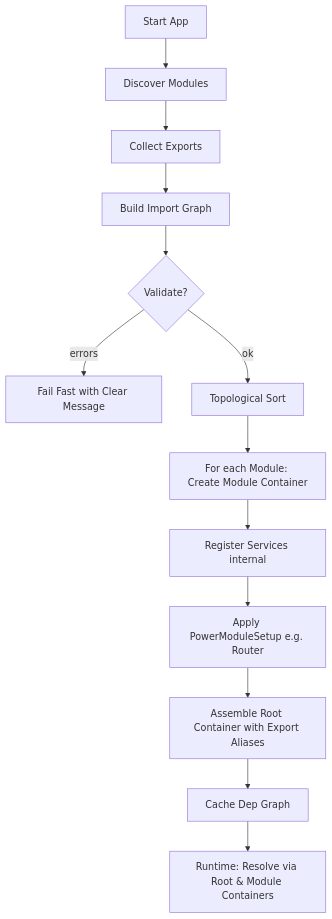
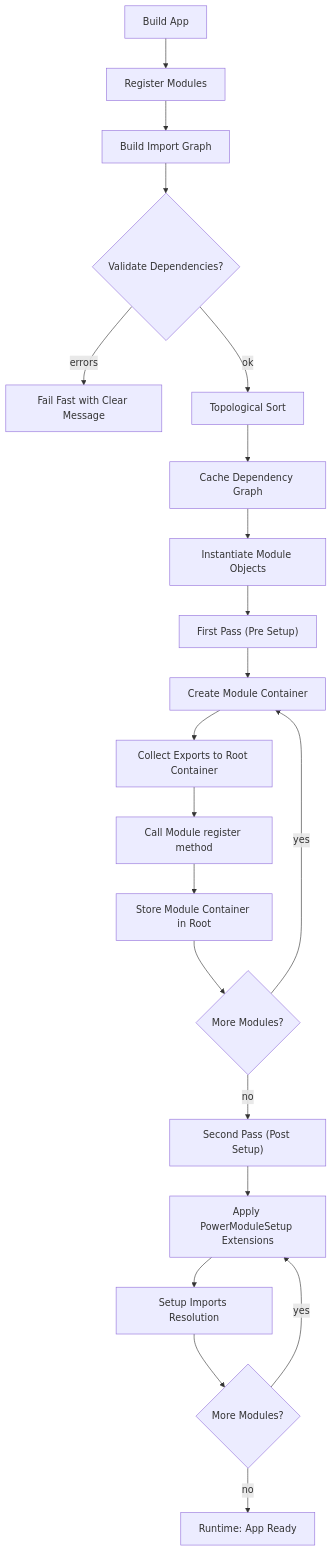
Before and after one commit to power-modules/framework: the diagram in docs/lifecycle.md, drawn with Mermaid. The commit also changed other lines of this file and 1 other file, not shown here.

Commit message:
docs(lifecycle): update lifecycle documentation for clarity and detail; enhance Mermaid diagram

````diff
--- a/docs/lifecycle.md
+++ b/docs/lifecycle.md
@@ -30,15 +30,23 @@
 ```mermaid
 flowchart TB
-    A[Start App] --> B[Discover Modules]
-    B --> C[Collect Exports]
-    C --> D[Build Import Graph]
-    D --> E{Validate?}
-    E -->|errors| E1[Fail Fast with Clear Message]
-    E -->|ok| F[Topological Sort]
-    F --> G[For each Module: Create Module Container]
-    G --> H[Register Services internal]
-    H --> I[Apply PowerModuleSetup e.g. Router]
-    I --> J[Assemble Root Container with Export Aliases]
-    J --> K[Cache Dep Graph]
-    K --> L[Runtime: Resolve via Root & Module Containers]
+    A[Build App] --> B[Register Modules]
+    B --> C[Build Import Graph]
+    C --> D{Validate Dependencies?}
+    D -->|errors| D1[Fail Fast with Clear Message]
+    D -->|ok| E[Topological Sort]
+    E --> F[Cache Dependency Graph]
+    F --> G[Instantiate Module Objects]
+    G --> H["First Pass (Pre Setup)"]
+    H --> H1[Create Module Container]
+    H1 --> H2[Collect Exports to Root Container]
+    H2 --> H3[Call Module register method]
+    H3 --> H4[Store Module Container in Root]
+    H4 --> I{More Modules?}
+    I -->|yes| H1
+    I -->|no| J["Second Pass (Post Setup)"]
+    J --> J1[Apply PowerModuleSetup Extensions]
+    J1 --> J2[Setup Imports Resolution]
+    J2 --> K{More Modules?}
+    K -->|yes| J1
+    K -->|no| L[Runtime: App Ready]
 ```
````
